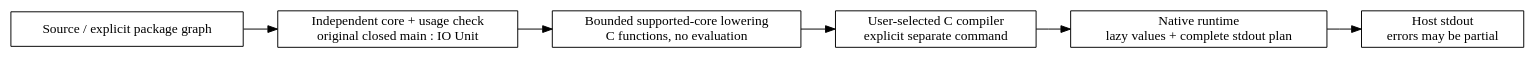
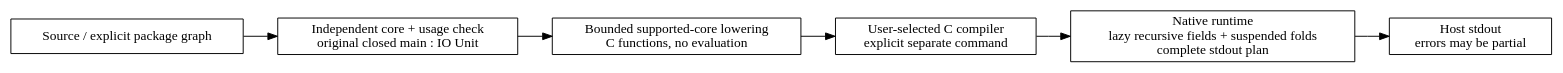
Before and after one commit to odunboye/fibril: the diagram in docs/diagrams/native-c.dot, drawn with Graphviz. The commit also changed 8 other files, not shown here.

Commit message:
Emit checked recursive data and folds to C

```diff
--- a/docs/diagrams/native-c.dot
+++ b/docs/diagrams/native-c.dot
@@ -1,11 +1,11 @@
 digraph NativeC {
   rankdir=LR;
   node [shape=box];
   source [label="Source / explicit package graph"];
   check [label="Independent core + usage check\noriginal closed main : IO Unit"];
   emit [label="Bounded supported-core lowering\nC functions, no evaluation"];
   cc [label="User-selected C compiler\nexplicit separate command"];
-  run [label="Native runtime\nlazy values + complete stdout plan"];
+  run [label="Native runtime\nlazy recursive fields + suspended folds\ncomplete stdout plan"];
   host [label="Host stdout\nerrors may be partial"];
   source -> check -> emit -> cc -> run -> host;
 }
```
